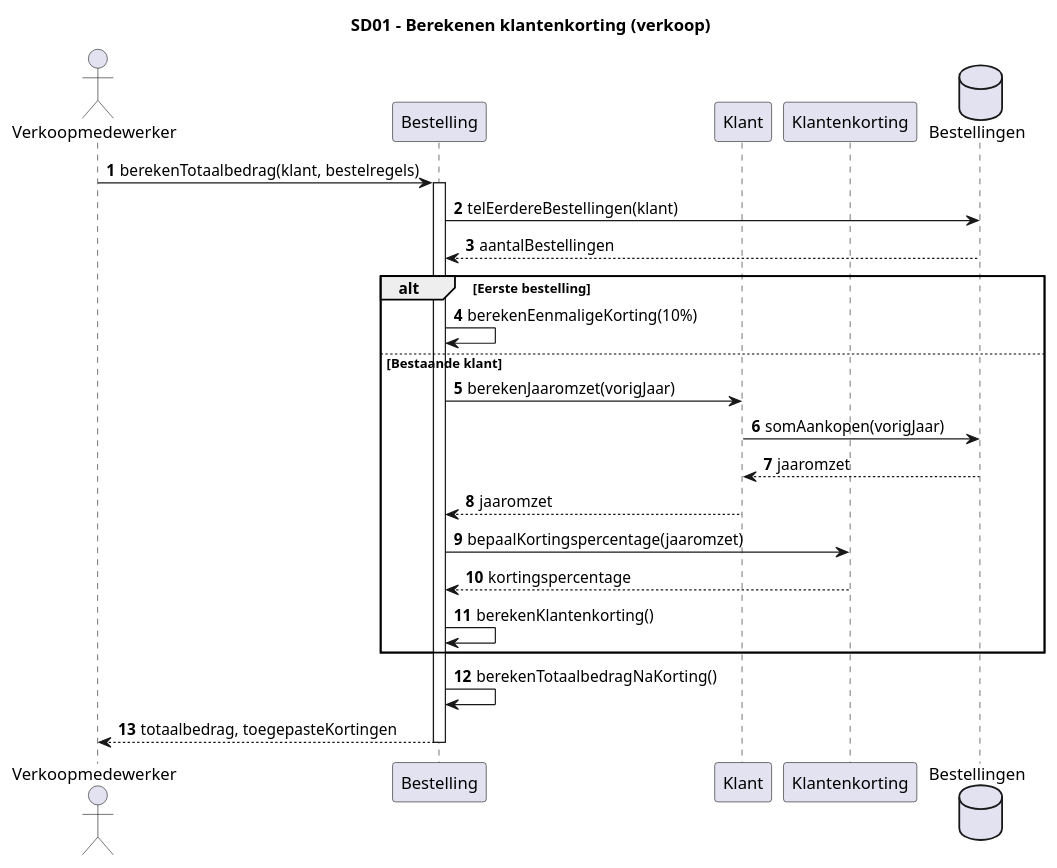
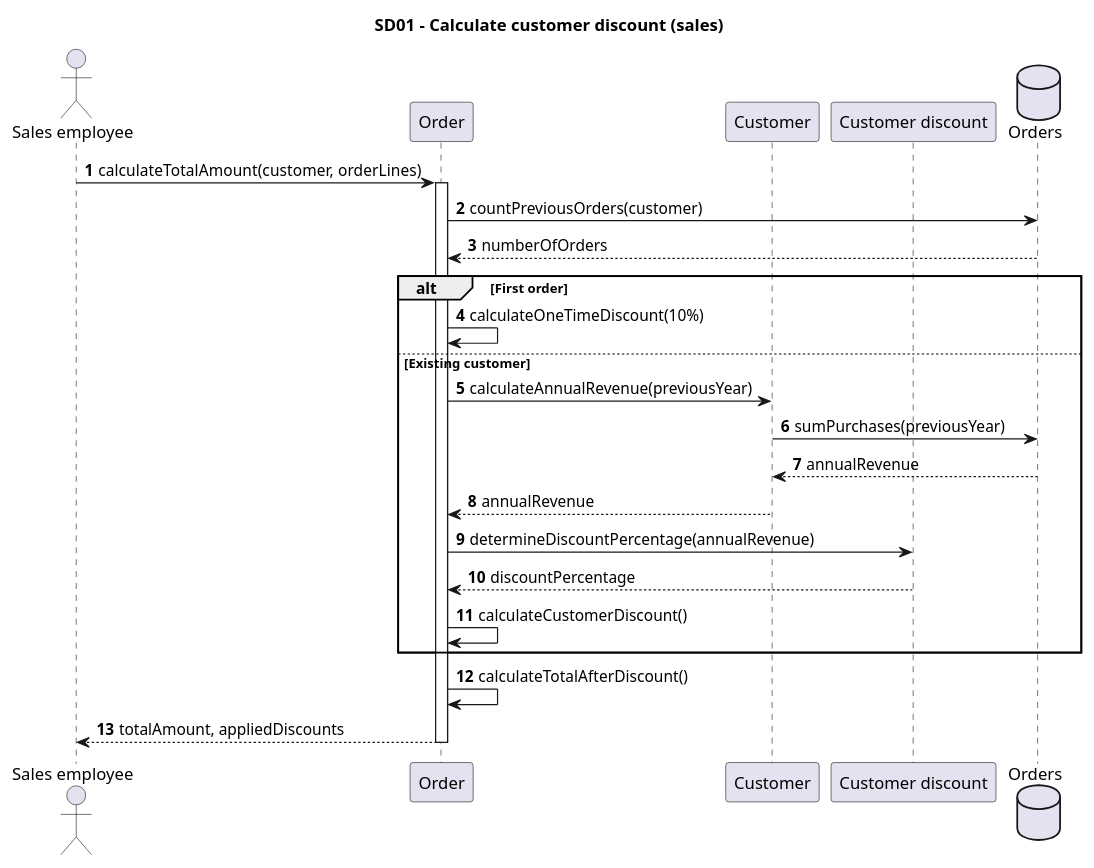
Before and after one commit to ViktorQorri/Project-Timaflu: the diagram in Documentation/Architecture/uml/src/sequence_diagrams/SD01_Klantenkorting.puml, drawn with PlantUML. The commit also changed 9 other files, not shown here.

Commit message:
Use English throughout sequence diagrams

```diff
--- a/Documentation/Architecture/uml/src/sequence_diagrams/SD01_Klantenkorting.puml
+++ b/Documentation/Architecture/uml/src/sequence_diagrams/SD01_Klantenkorting.puml
@@ -1,28 +1,29 @@
 @startuml
-title SD01 - Berekenen klantenkorting (verkoop)
+title SD01 - Calculate customer discount (sales)
 autonumber
-actor "Verkoopmedewerker" as V
-participant "Bestelling" as O
-participant "Klant" as K
-participant "Klantenkorting" as D
-database "Bestellingen" as DB
 
-V -> O: berekenTotaalbedrag(klant, bestelregels)
+actor "Sales employee" as V
+participant "Order" as O
+participant "Customer" as K
+participant "Customer discount" as D
+database "Orders" as DB
+
+V -> O: calculateTotalAmount(customer, orderLines)
 activate O
-O -> DB: telEerdereBestellingen(klant)
-DB --> O: aantalBestellingen
-alt Eerste bestelling
-  O -> O: berekenEenmaligeKorting(10%)
-else Bestaande klant
-  O -> K: berekenJaaromzet(vorigJaar)
-  K -> DB: somAankopen(vorigJaar)
-  DB --> K: jaaromzet
-  K --> O: jaaromzet
-  O -> D: bepaalKortingspercentage(jaaromzet)
-  D --> O: kortingspercentage
-  O -> O: berekenKlantenkorting()
+O -> DB: countPreviousOrders(customer)
+DB --> O: numberOfOrders
+alt First order
+  O -> O: calculateOneTimeDiscount(10%)
+else Existing customer
+  O -> K: calculateAnnualRevenue(previousYear)
+  K -> DB: sumPurchases(previousYear)
+  DB --> K: annualRevenue
+  K --> O: annualRevenue
+  O -> D: determineDiscountPercentage(annualRevenue)
+  D --> O: discountPercentage
+  O -> O: calculateCustomerDiscount()
 end
-O -> O: berekenTotaalbedragNaKorting()
-O --> V: totaalbedrag, toegepasteKortingen
+O -> O: calculateTotalAfterDiscount()
+O --> V: totalAmount, appliedDiscounts
 deactivate O
 @enduml
```
